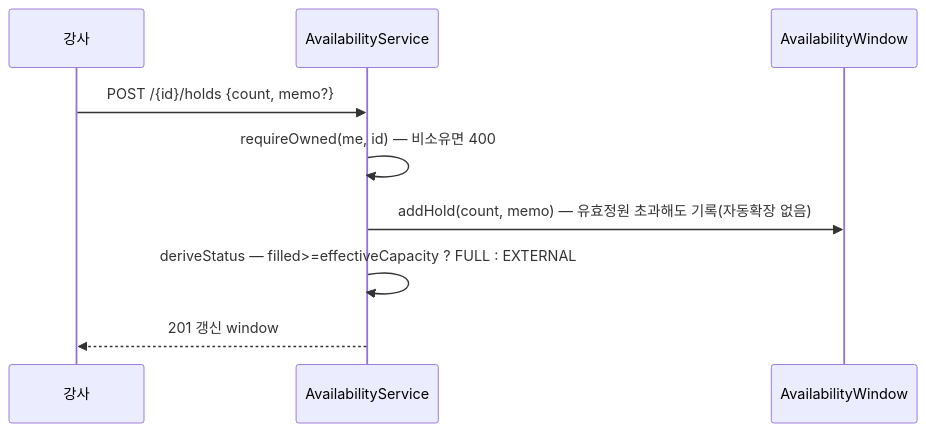
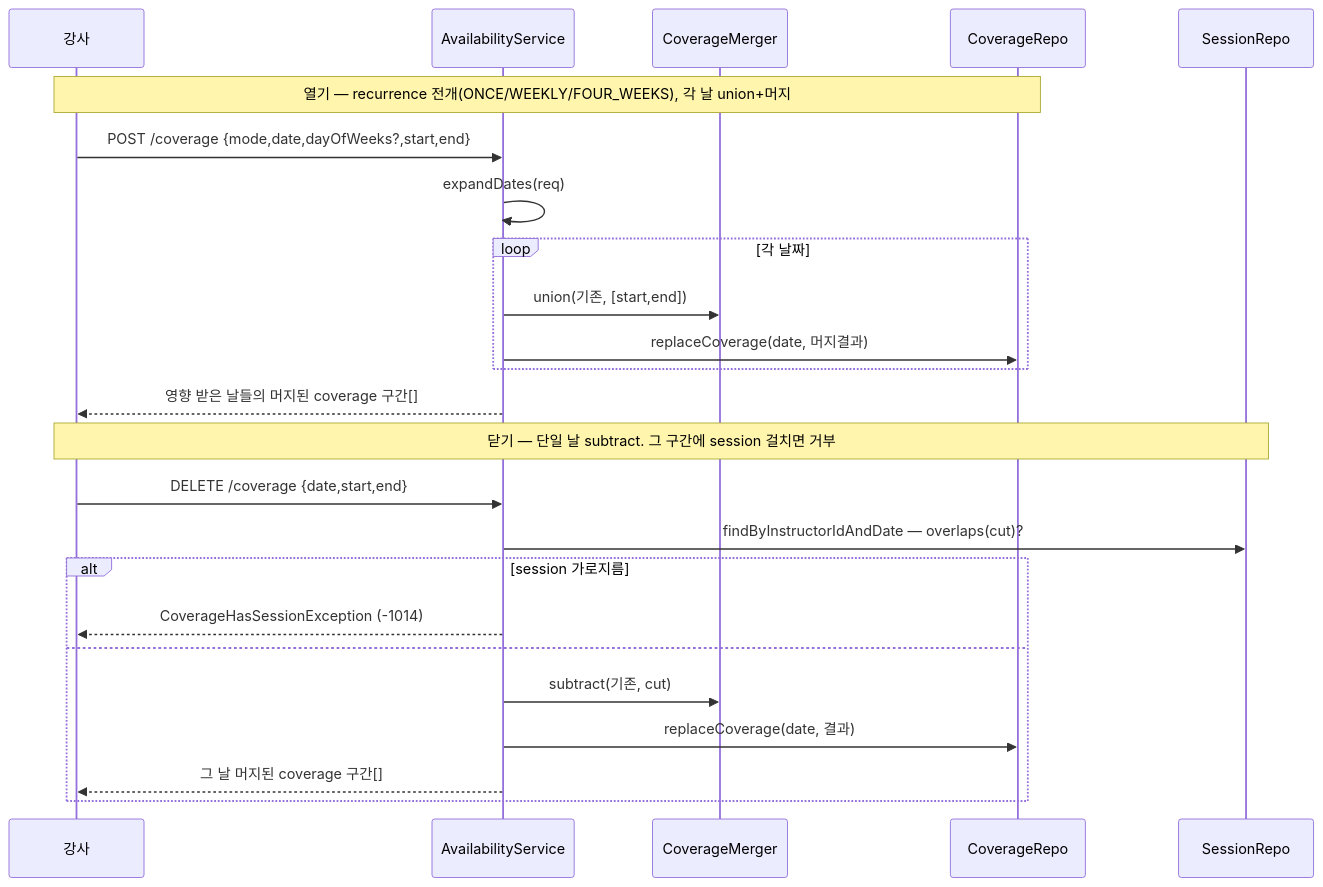
The third of 5 diagrams in docs/architecture/availability.md (pungdong/Pungdong-Backend), drawn with Mermaid before and after one commit. The commit also changed other lines of this file and 5 other files, not shown here.

First line of the commit message:
Docs: coverage/session 2레이어 재설계 반영 (availability·enrollment 도메인/피처 문서 + CLAUDE.md)

````diff
--- a/docs/architecture/availability.md
+++ b/docs/architecture/availability.md
@@ -63,12 +69,28 @@
 ```mermaid
 sequenceDiagram
   participant I as 강사
   participant S as AvailabilityService
-  participant W as AvailabilityWindow
+  participant M as CoverageMerger
+  participant CR as CoverageRepo
+  participant SR as SessionRepo
 
-  I->>S: POST /{id}/holds {count, memo?}
-  S->>S: requireOwned(me, id) — 비소유면 400
-  S->>W: addHold(count, memo) — 유효정원 초과해도 기록(자동확장 없음)
-  S->>S: deriveStatus — filled>=effectiveCapacity ? FULL : EXTERNAL
-  S-->>I: 201 갱신 window
+  Note over I,CR: 열기 — recurrence 전개(ONCE/WEEKLY/FOUR_WEEKS), 각 날 union+머지
+  I->>S: POST /coverage {mode,date,dayOfWeeks?,start,end}
+  S->>S: expandDates(req)
+  loop 각 날짜
+    S->>M: union(기존, [start,end])
+    S->>CR: replaceCoverage(date, 머지결과)
+  end
+  S-->>I: 영향 받은 날들의 머지된 coverage 구간[]
+
+  Note over I,SR: 닫기 — 단일 날 subtract. 그 구간에 session 걸치면 거부
+  I->>S: DELETE /coverage {date,start,end}
+  S->>SR: findByInstructorIdAndDate — overlaps(cut)?
+  alt session 가로지름
+    S-->>I: CoverageHasSessionException (-1014)
+  else
+    S->>M: subtract(기존, cut)
+    S->>CR: replaceCoverage(date, 결과)
+    S-->>I: 그 날 머지된 coverage 구간[]
+  end
 ```
````
